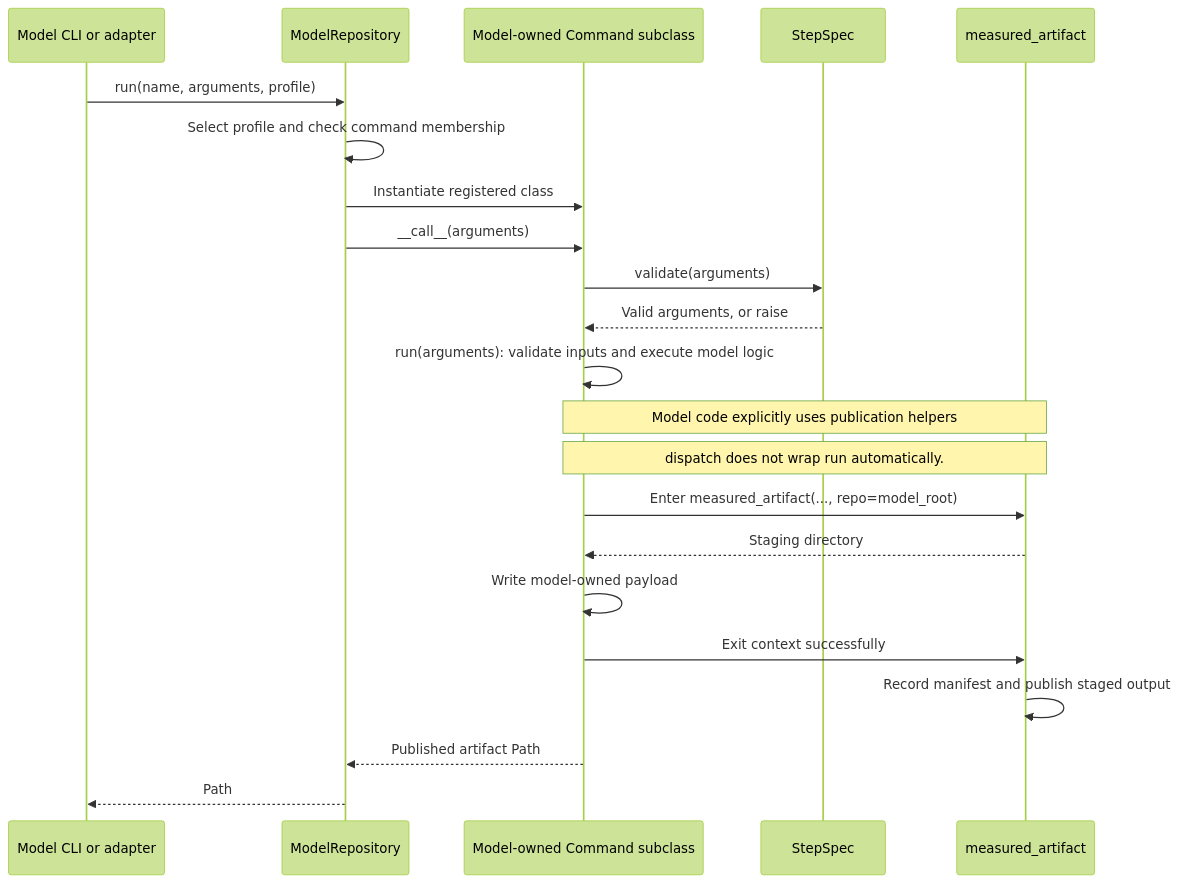
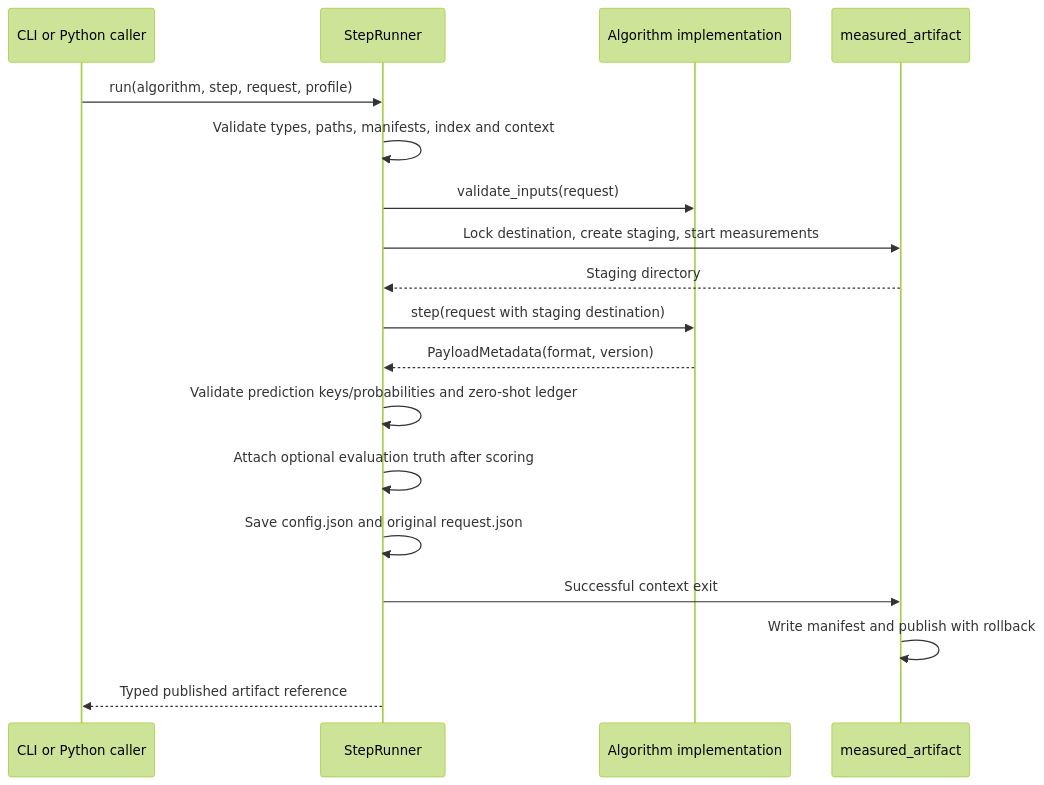
Before and after one commit to McDermottHealthAI/meds-algorithm: the third of 3 diagrams in ARCHITECTURE.md, drawn with Mermaid (forest theme). The commit also changed other lines of this file and 17 other files, not shown here.

Commit message:
Add typed profile algorithms, serializable requests, and shared execution

````diff
--- a/ARCHITECTURE.md
+++ b/ARCHITECTURE.md
@@ -80,24 +178,20 @@
 ```mermaid
 sequenceDiagram
-    participant Caller as Model CLI or adapter
-    participant Repository as ModelRepository
-    participant Step as Model-owned Command subclass
-    participant Spec as StepSpec
-    participant Artifact as measured_artifact
-    Caller->>Repository: run(name, arguments, profile)
-    Repository->>Repository: Select profile and check command membership
-    Repository->>Step: Instantiate registered class
-    Repository->>Step: __call__(arguments)
-    Step->>Spec: validate(arguments)
-    Spec-->>Step: Valid arguments, or raise
-    Step->>Step: run(arguments): validate inputs and execute model logic
-    Note over Step,Artifact: Model code explicitly uses publication helpers;
-    Note over Step,Artifact: dispatch does not wrap run automatically.
-    Step->>Artifact: Enter measured_artifact(..., repo=model_root)
-    Artifact-->>Step: Staging directory
-    Step->>Step: Write model-owned payload
-    Step->>Artifact: Exit context successfully
-    Artifact->>Artifact: Record manifest and publish staged output
-    Step-->>Repository: Published artifact Path
-    Repository-->>Caller: Path
+    participant Caller as CLI or Python caller
+    participant Runner as StepRunner
+    participant Model as Algorithm implementation
+    participant Publish as measured_artifact
+    Caller->>Runner: run(algorithm, step, request, profile)
+    Runner->>Runner: Validate types, paths, manifests, index and context
+    Runner->>Model: validate_inputs(request)
+    Runner->>Publish: Lock destination, create staging, start measurements
+    Publish-->>Runner: Staging directory
+    Runner->>Model: step(request with staging destination)
+    Model-->>Runner: PayloadMetadata(format, version)
+    Runner->>Runner: Validate prediction keys/probabilities and zero-shot ledger
+    Runner->>Runner: Attach optional evaluation truth after scoring
+    Runner->>Runner: Save config.json and original request.json
+    Runner->>Publish: Successful context exit
+    Publish->>Publish: Write manifest and publish with rollback
+    Runner-->>Caller: Typed published artifact reference
 ```
````
